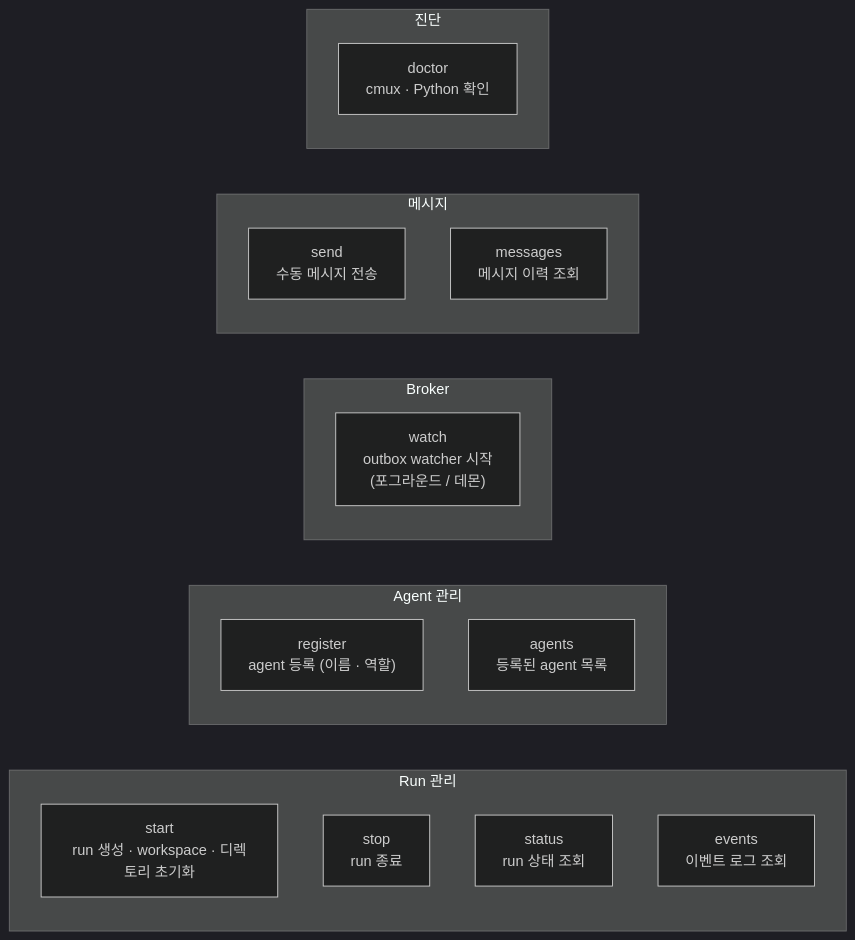
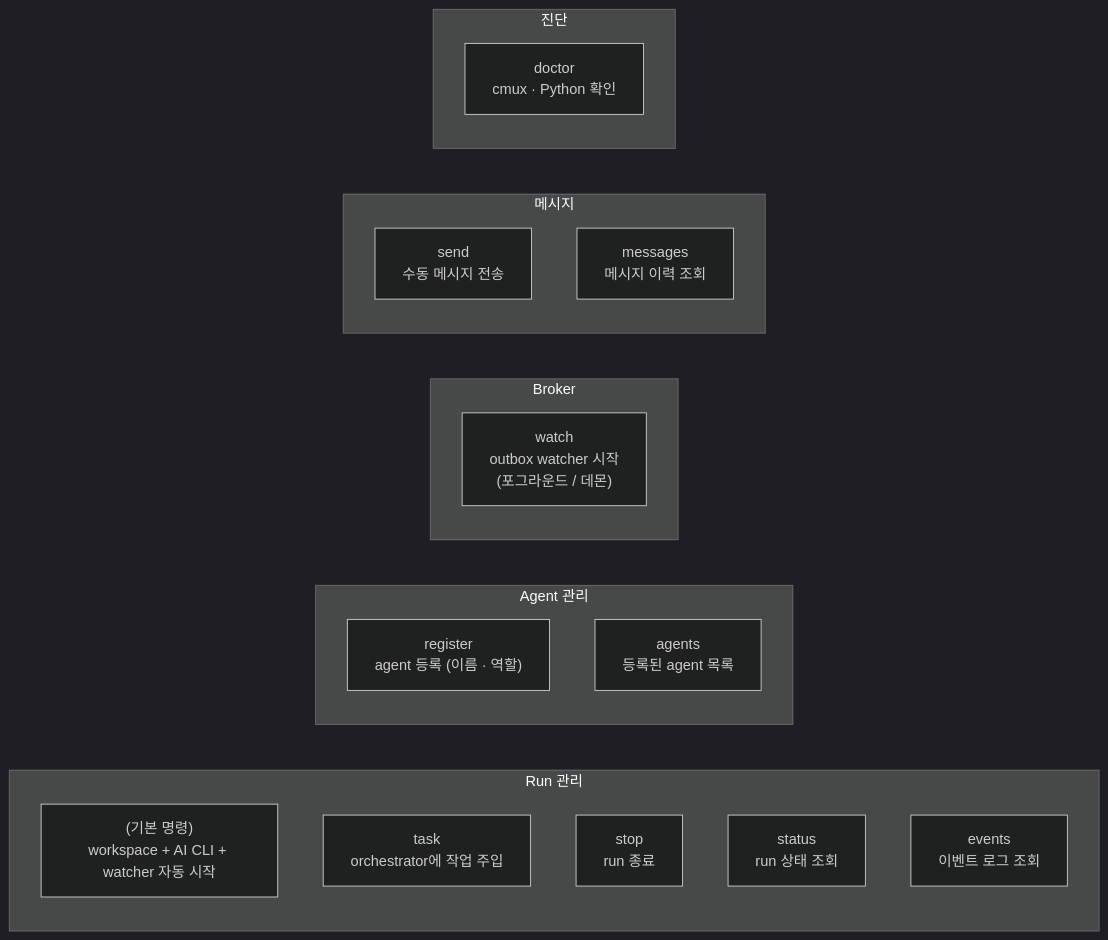
The ninth of 11 diagrams in docs/00-overview.md (ttalkkag/cmux-agent), drawn with Mermaid (dark theme) before and after one commit. The commit also changed other lines of this file and 5 other files, not shown here.

````diff
--- a/docs/00-overview.md
+++ b/docs/00-overview.md
@@ -253,27 +247,28 @@
 ```mermaid
 graph LR
     subgraph run["Run 관리"]
-        START["start<br/>run 생성 · workspace · 디렉토리 초기화"]
+        START["(기본 명령)<br/>workspace + AI CLI + watcher 자동 시작"]
+        TASK["task<br/>orchestrator에 작업 주입"]
         STOP["stop<br/>run 종료"]
         STATUS["status<br/>run 상태 조회"]
         EVENTS["events<br/>이벤트 로그 조회"]
     end
 
     subgraph agent["Agent 관리"]
         REGISTER["register<br/>agent 등록 (이름 · 역할)"]
         AGENTS["agents<br/>등록된 agent 목록"]
     end
 
     subgraph broker["Broker"]
         WATCH["watch<br/>outbox watcher 시작<br/>(포그라운드 / 데몬)"]
     end
 
     subgraph msg["메시지"]
         SEND["send<br/>수동 메시지 전송"]
         MESSAGES["messages<br/>메시지 이력 조회"]
     end
 
     subgraph diag["진단"]
         DOCTOR["doctor<br/>cmux · Python 확인"]
     end
 ```
````
